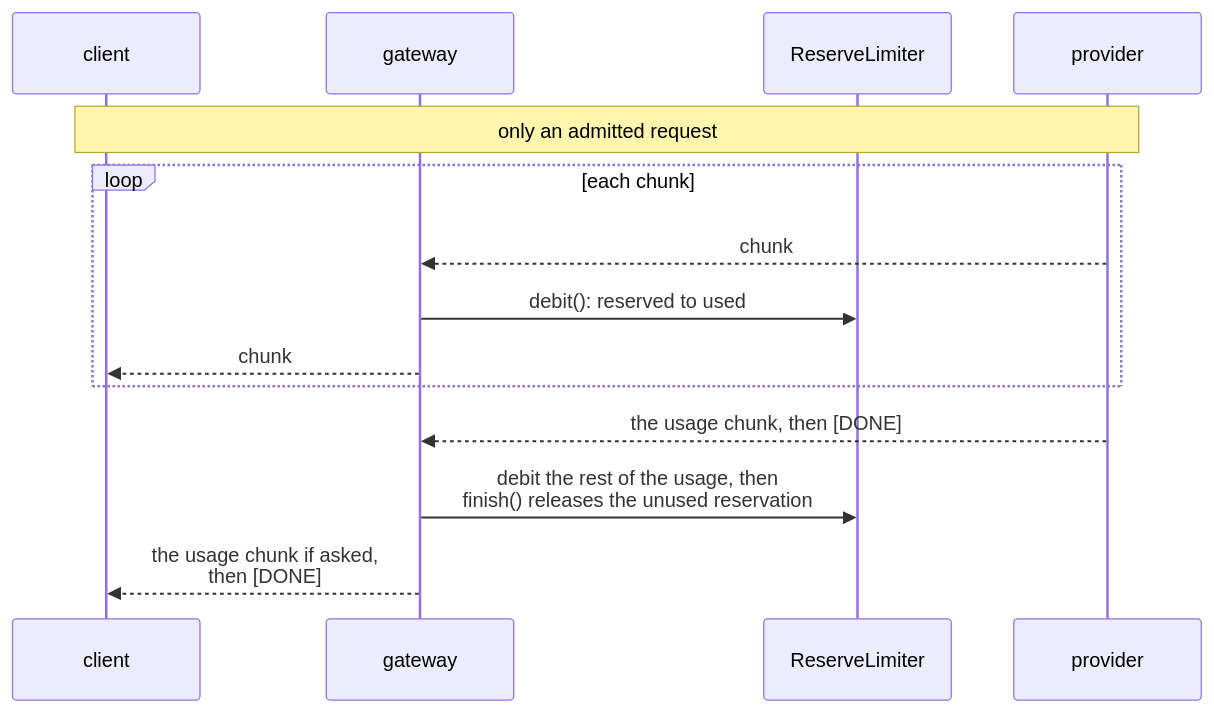
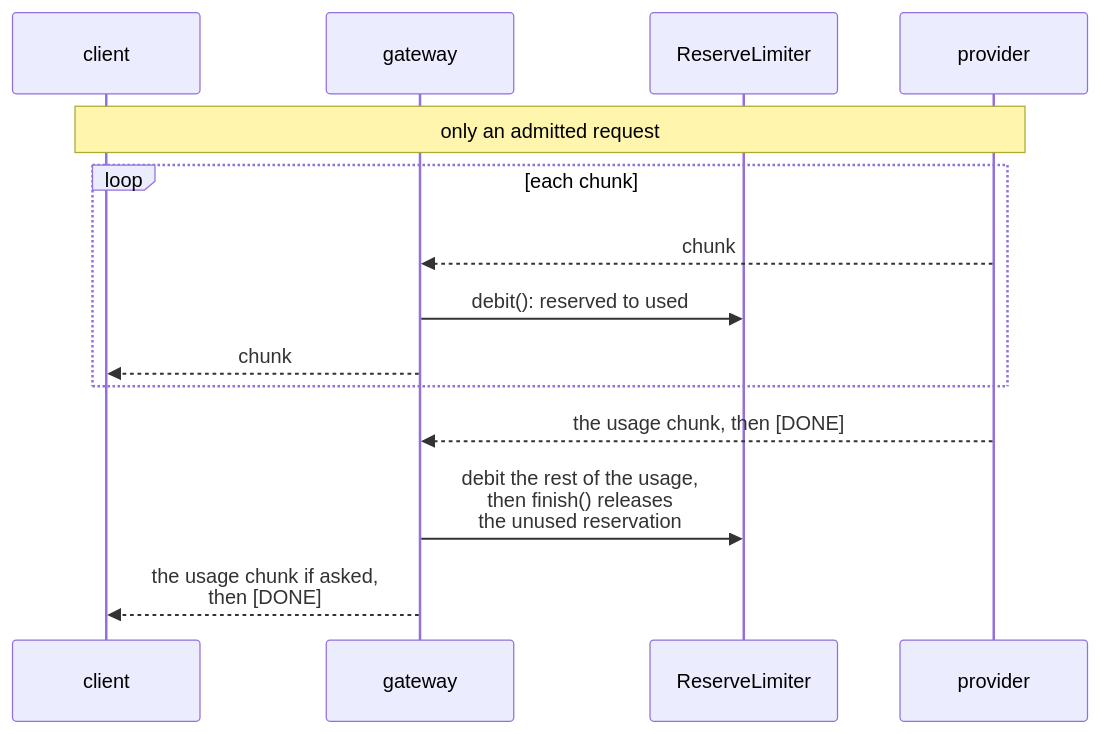
One commit to aniryou/full-stack-agentic-engineer changed the seventh of 10 diagrams in 06-gateway/llm-gateway/PRIMER.md. Above: the diagram before and after it, drawn with Mermaid. The commit also changed other lines of this file and 211 other files, not shown here.

````diff
--- a/06-gateway/llm-gateway/PRIMER.md
+++ b/06-gateway/llm-gateway/PRIMER.md
@@ -604,16 +628,16 @@
 ```mermaid
 sequenceDiagram
     participant C as client
     participant G as gateway
     participant L as ReserveLimiter
     participant P as provider
     Note over C,P: only an admitted request
     loop each chunk
         P-->>G: chunk
         G->>L: debit(): reserved to used
         G-->>C: chunk
     end
     P-->>G: the usage chunk, then [DONE]
-    G->>L: debit the rest of the usage, then<br/>finish() releases the unused reservation
+    G->>L: debit the rest of the usage,<br/>then finish() releases<br/>the unused reservation
     G-->>C: the usage chunk if asked,<br/>then [DONE]
 ```
````
